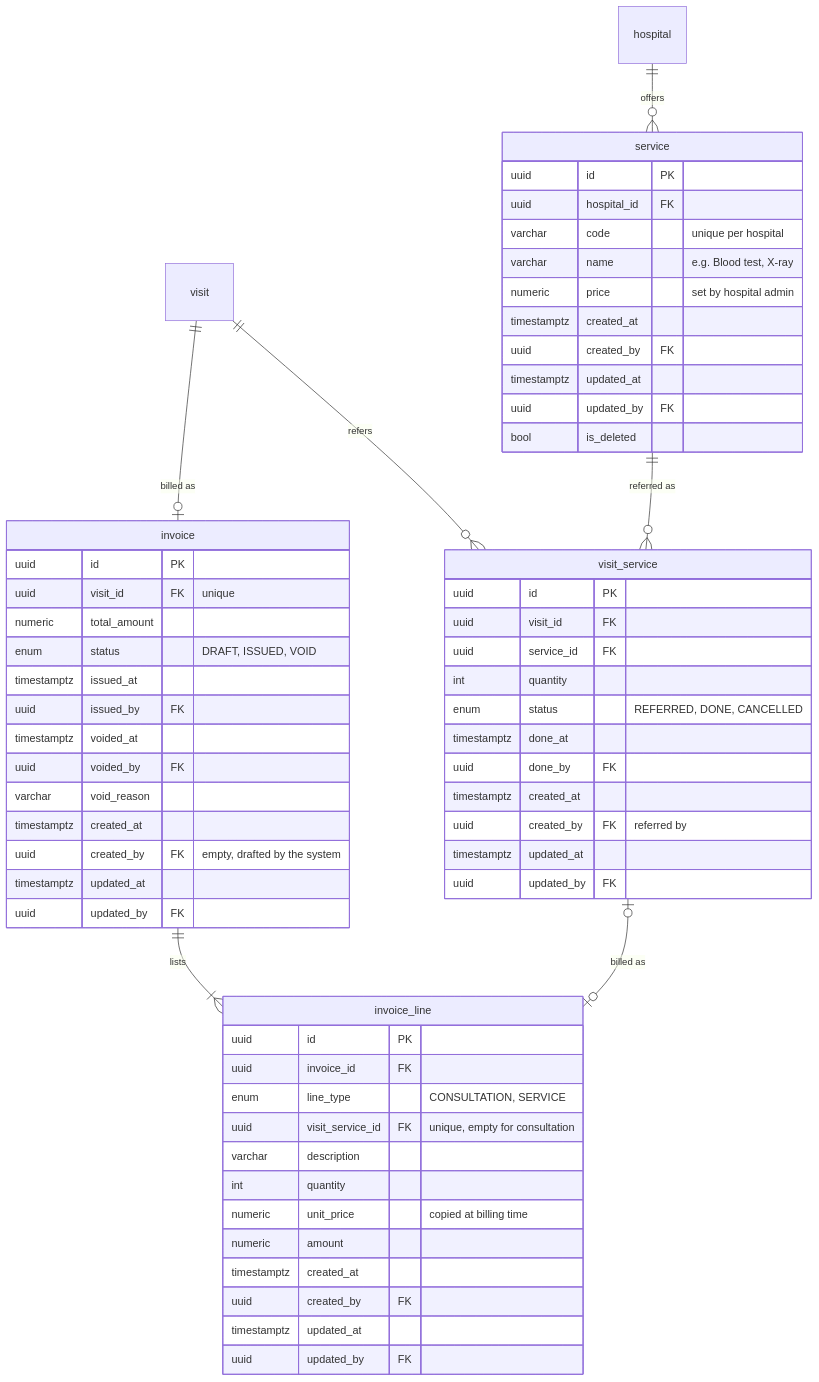
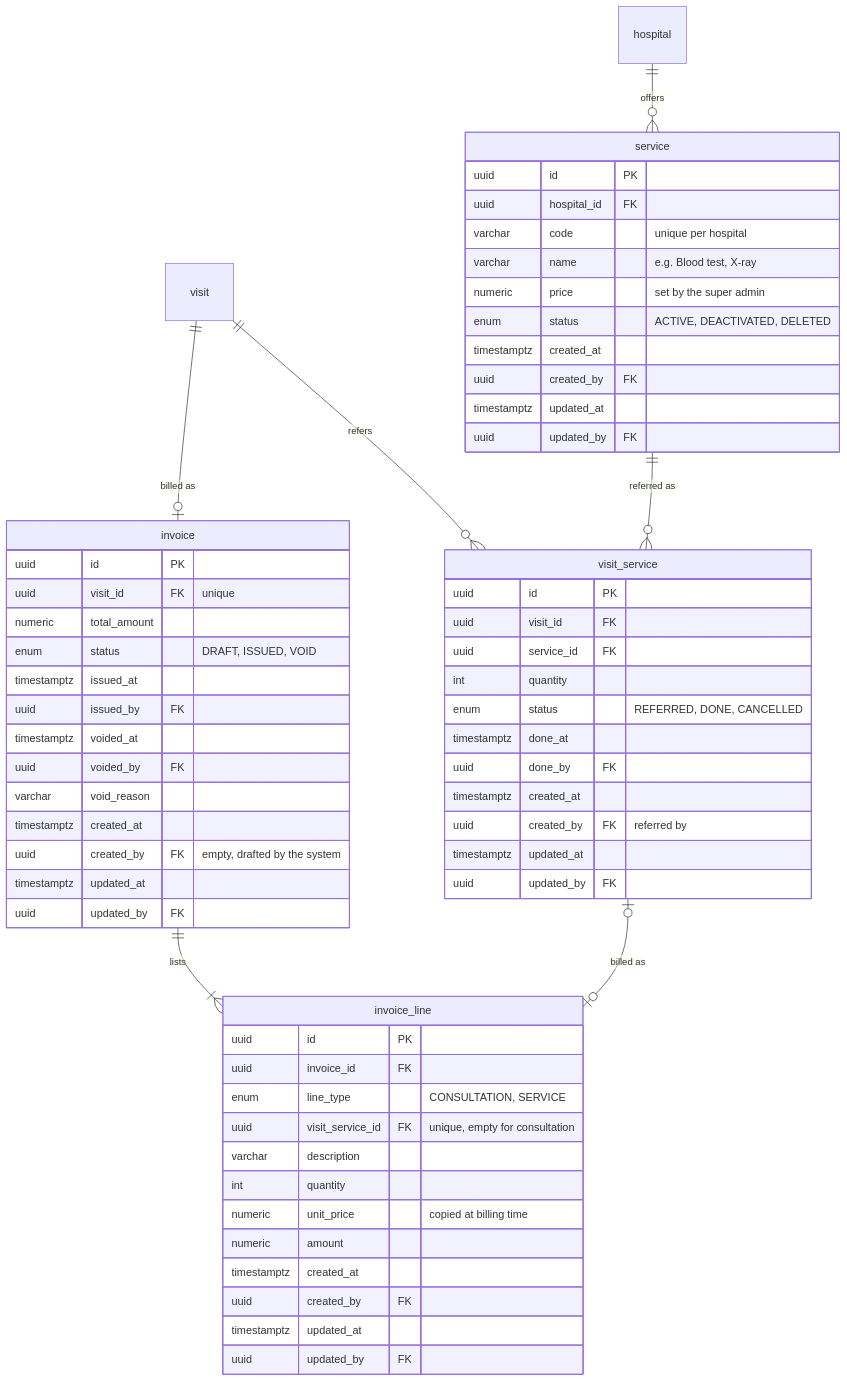
One commit to TalhaMunawar01/smart-health changed the fifth of 5 diagrams in docs/erd.md. Above: the diagram before and after it, drawn with Mermaid. The commit also changed other lines of this file, not shown here.

````diff
--- a/docs/erd.md
+++ b/docs/erd.md
@@ -376,64 +378,64 @@
 ```mermaid
 erDiagram
   hospital ||--o{ service : "offers"
   visit ||--o{ visit_service : "refers"
   service ||--o{ visit_service : "referred as"
   visit ||--o| invoice : "billed as"
   invoice ||--|{ invoice_line : "lists"
   visit_service |o--o| invoice_line : "billed as"
 
   service {
     uuid id PK
     uuid hospital_id FK
     varchar code "unique per hospital"
     varchar name "e.g. Blood test, X-ray"
-    numeric price "set by hospital admin"
+    numeric price "set by the super admin"
+    enum status "ACTIVE, DEACTIVATED, DELETED"
     timestamptz created_at
     uuid created_by FK
     timestamptz updated_at
     uuid updated_by FK
-    bool is_deleted
   }
   visit_service {
     uuid id PK
     uuid visit_id FK
     uuid service_id FK
     int quantity
     enum status "REFERRED, DONE, CANCELLED"
     timestamptz done_at
     uuid done_by FK
     timestamptz created_at
     uuid created_by FK "referred by"
     timestamptz updated_at
     uuid updated_by FK
   }
   invoice {
     uuid id PK
     uuid visit_id FK "unique"
     numeric total_amount
     enum status "DRAFT, ISSUED, VOID"
     timestamptz issued_at
     uuid issued_by FK
     timestamptz voided_at
     uuid voided_by FK
     varchar void_reason
     timestamptz created_at
     uuid created_by FK "empty, drafted by the system"
     timestamptz updated_at
     uuid updated_by FK
   }
   invoice_line {
     uuid id PK
     uuid invoice_id FK
     enum line_type "CONSULTATION, SERVICE"
     uuid visit_service_id FK "unique, empty for consultation"
     varchar description
     int quantity
     numeric unit_price "copied at billing time"
     numeric amount
     timestamptz created_at
     uuid created_by FK
     timestamptz updated_at
     uuid updated_by FK
   }
 ```
````
